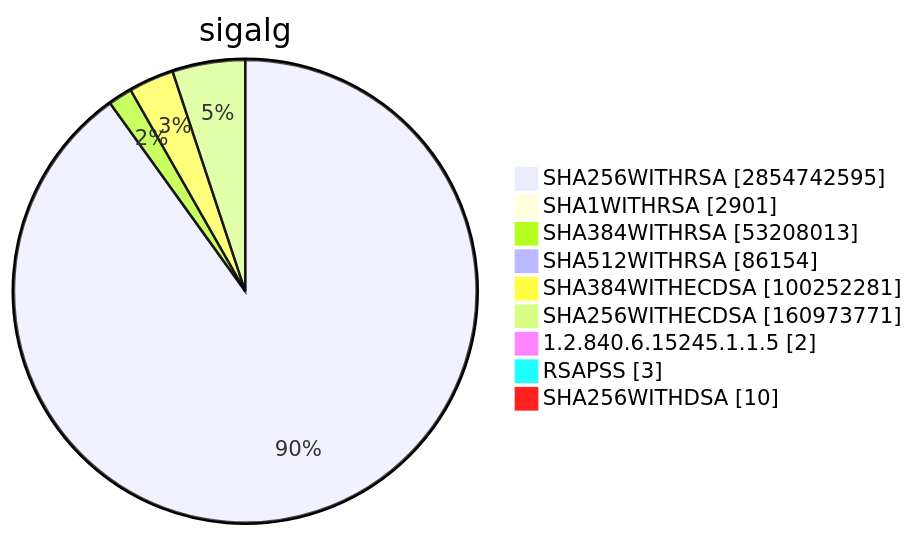
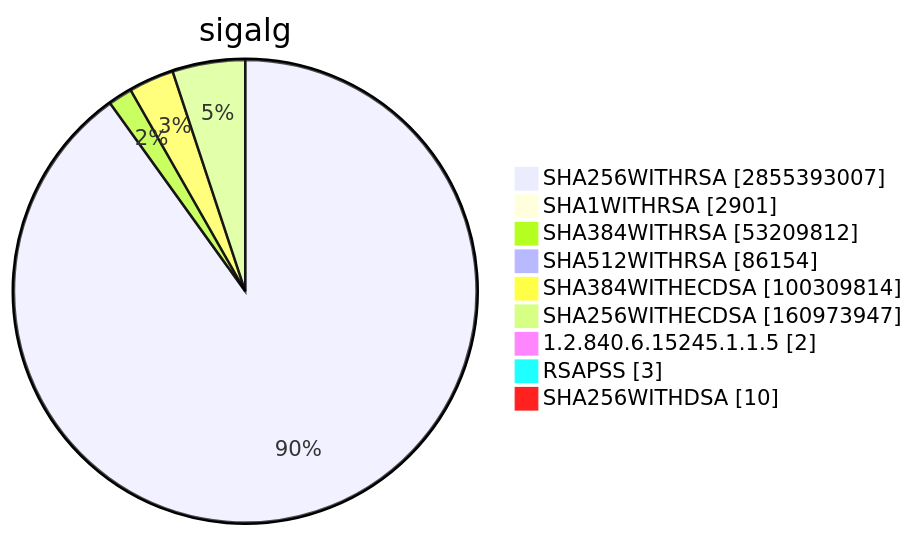
Before and after one commit to christiankrug/ctmonitor_visualization: diagram 15 of 15 in TOTAL/README.md, drawn with Mermaid. The commit also changed other lines of this file, not shown here.

````diff
--- a/TOTAL/README.md
+++ b/TOTAL/README.md
@@ -6207,13 +6207,13 @@
 ```mermaid
 pie showData
 title sigalg
-"SHA256WITHRSA" :2854742595
+"SHA256WITHRSA" :2855393007
 "SHA1WITHRSA" :2901
-"SHA384WITHRSA" :53208013
+"SHA384WITHRSA" :53209812
 "SHA512WITHRSA" :86154
-"SHA384WITHECDSA" :100252281
-"SHA256WITHECDSA" :160973771
+"SHA384WITHECDSA" :100309814
+"SHA256WITHECDSA" :160973947
 "1.2.840.6.15245.1.1.5" :2
 "RSAPSS" :3
 "SHA256WITHDSA" :10
 ```
````
